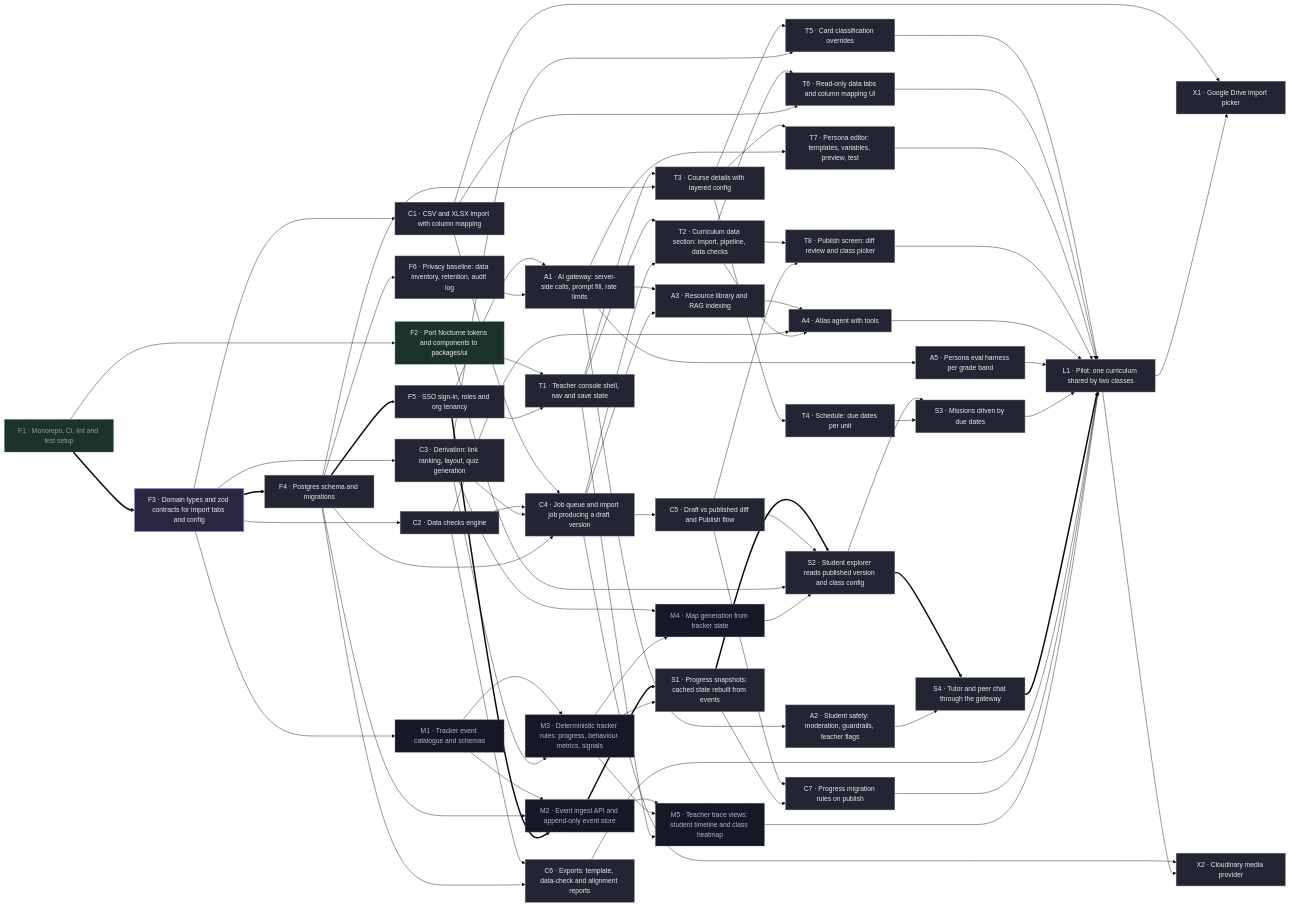
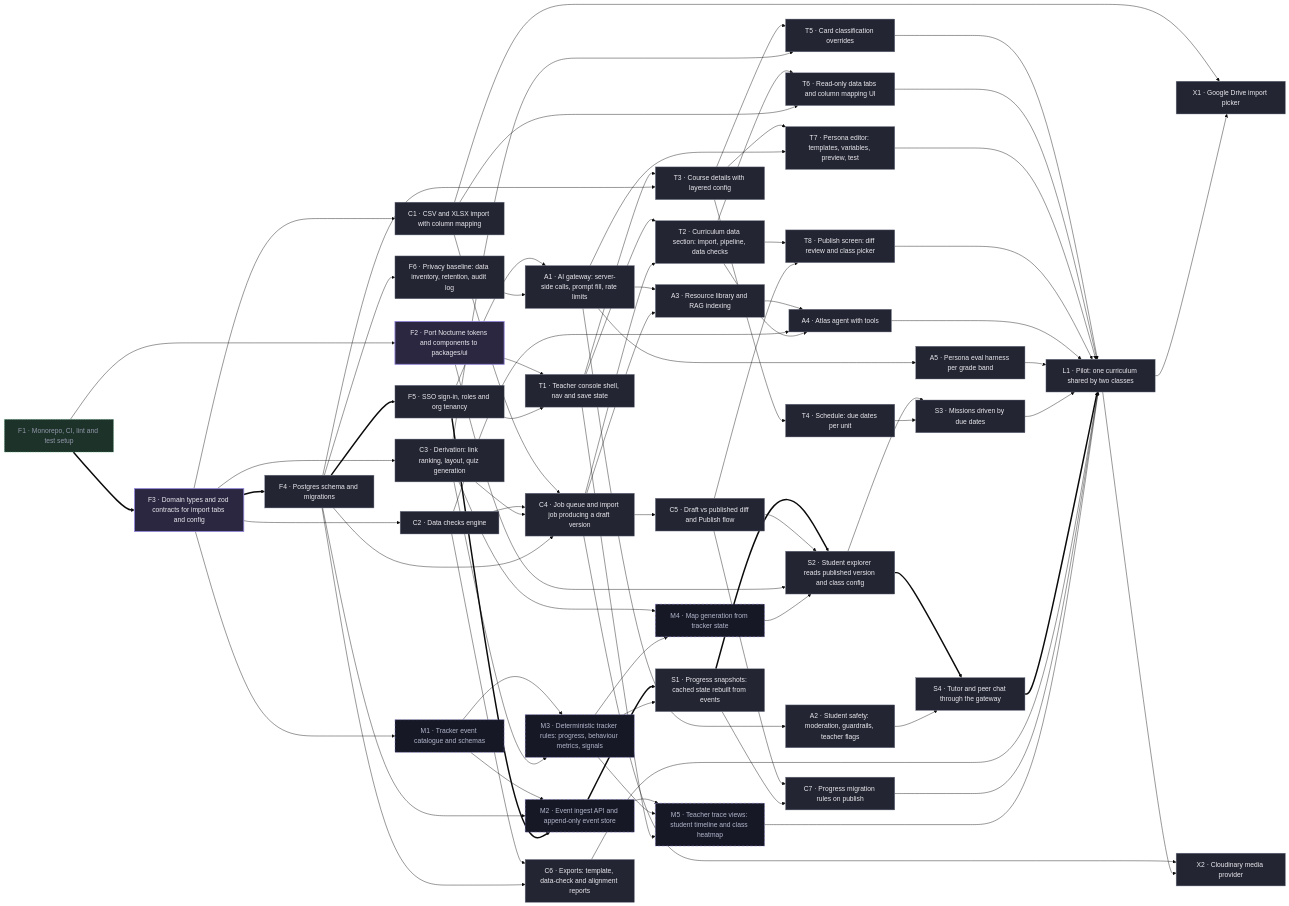
Before and after one commit to tenkevin/mind-your-tutor: the diagram in docs/PLAN.md, drawn with Mermaid (base theme). The commit also changed other lines of this file and 1 other file, not shown here.

````diff
--- a/docs/PLAN.md
+++ b/docs/PLAN.md
@@ -201,8 +198,7 @@
   classDef done fill:#1d3329,stroke:#6fcf97,color:#9397ab,stroke-dasharray:3 3
   classDef spec fill:#161826,stroke:#968ae0,color:#b2b6ca,stroke-dasharray:6 4
   class F4,F5,F6,C1,C2,C3,C4,C5,C6,C7,T1,T2,T3,T4,T5,T6,T7,T8,A1,A2,A3,A4,A5,S1,S2,S3,S4,L1,X1,X2 todo
-  class F3 doing
+  class F2,F3 doing
   class F1 done
-  class F2 ready
   class M1,M2,M3,M4,M5 spec
 ```
````
